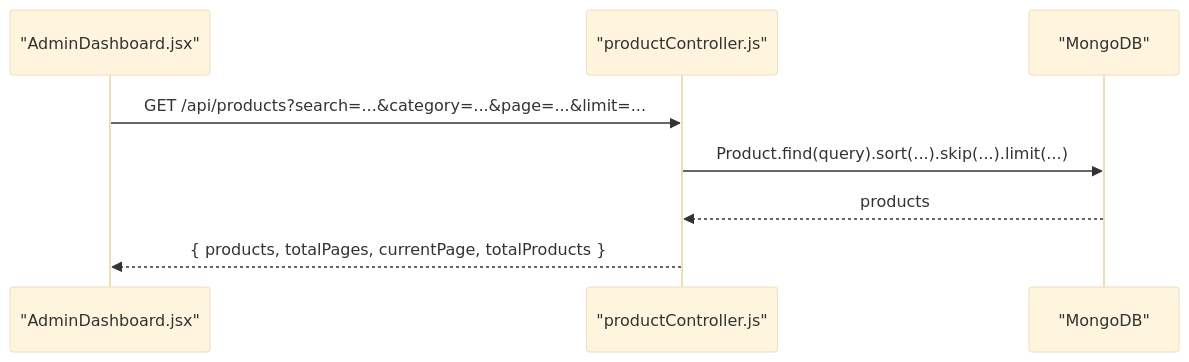
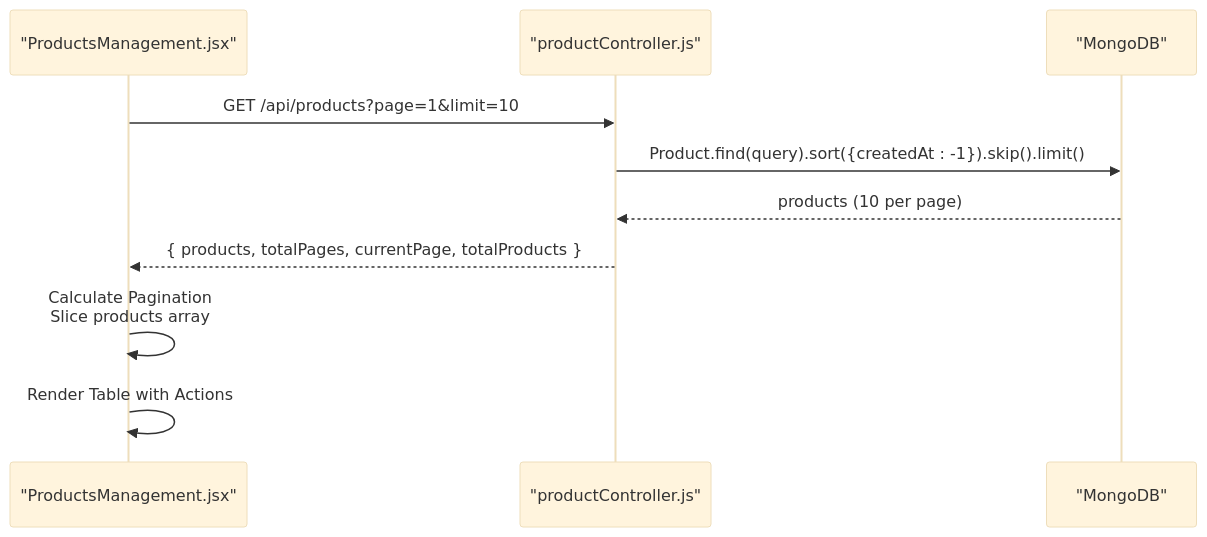
Before and after one commit to Pavan-PSPK9032/TrendsandToss: diagram 12 of 15 in .qoder/repowiki/en/content/Admin Dashboard/Product Administration/Product Administration.md, drawn with Mermaid (base theme). The commit also changed other lines of this file and 24 other files, not shown here.

````diff
--- a/.qoder/repowiki/en/content/Admin Dashboard/Product Administration/Product Administration.md
+++ b/.qoder/repowiki/en/content/Admin Dashboard/Product Administration/Product Administration.md
@@ -441,10 +493,12 @@
 ```mermaid
 sequenceDiagram
-participant UI as "AdminDashboard.jsx"
+participant UI as "ProductsManagement.jsx"
 participant API as "productController.js"
 participant DB as "MongoDB"
-UI->>API : GET /api/products?search=...&category=...&page=...&limit=...
-API->>DB : Product.find(query).sort(...).skip(...).limit(...)
-DB-->>API : products
+UI->>API : GET /api/products?page=1&limit=10
+API->>DB : Product.find(query).sort({createdAt : -1}).skip().limit()
+DB-->>API : products (10 per page)
 API-->>UI : { products, totalPages, currentPage, totalProducts }
+UI->>UI : Calculate Pagination<br/>Slice products array
+UI->>UI : Render Table with Actions
 ```
````
